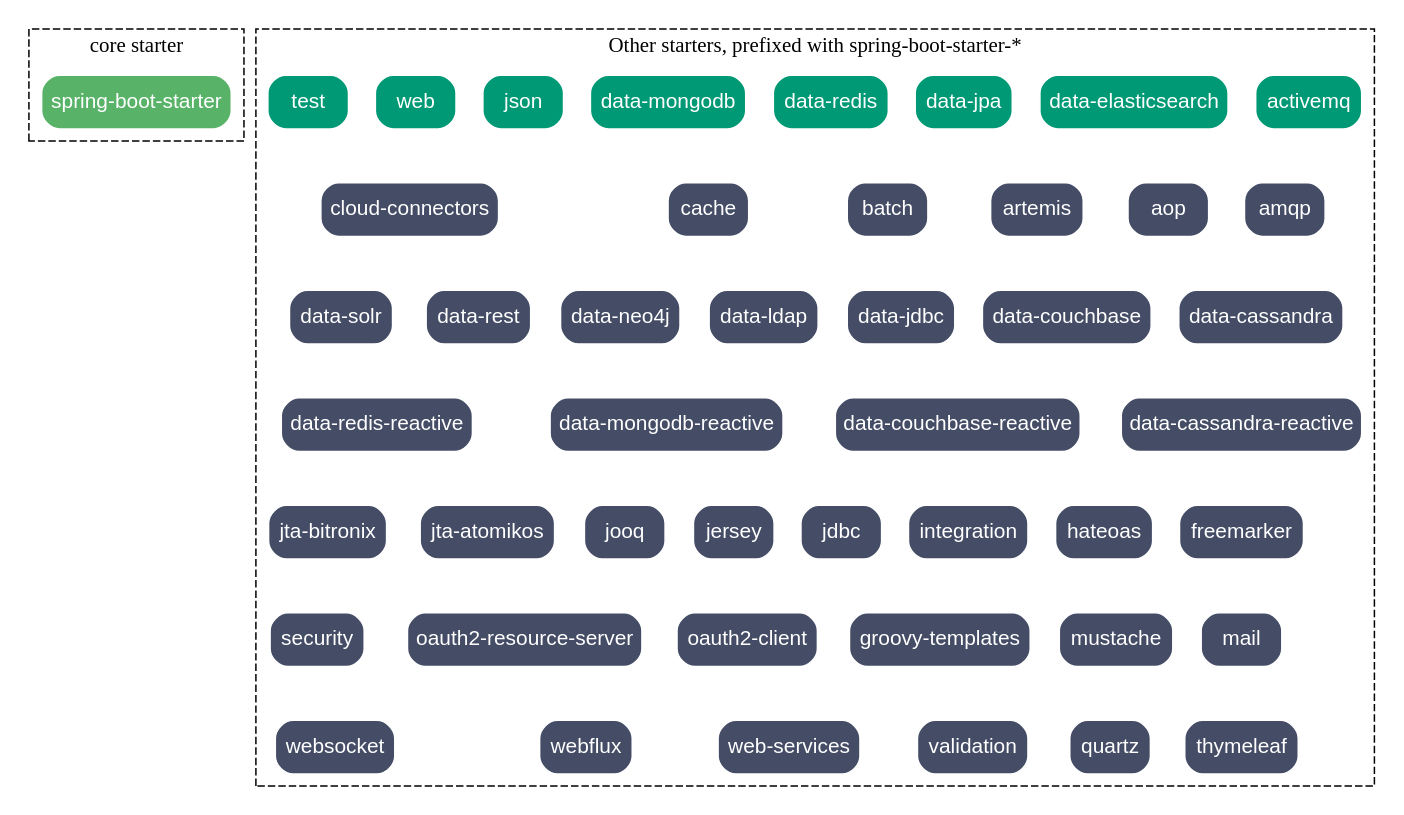
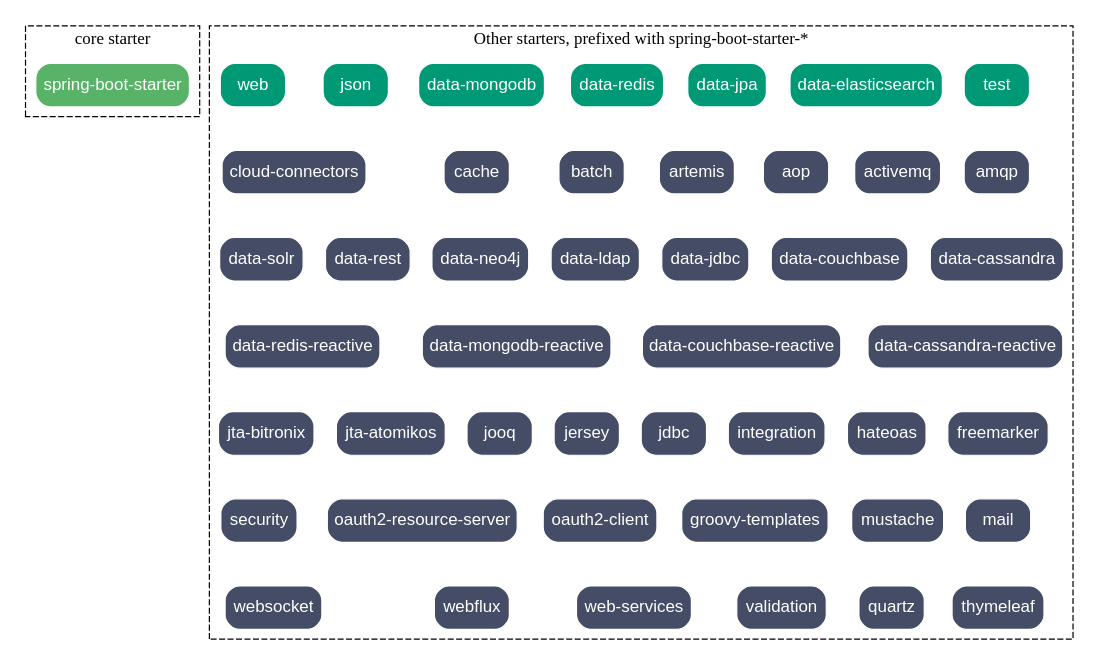
The diagram in static/image/2019/07/spring-boot-starters.dot (Jeanhwea/jeanhwea.github.io), drawn with Graphviz before and after one commit. The commit also changed 1 other file, not shown here.

```diff
--- a/static/image/2019/07/spring-boot-starters.dot
+++ b/static/image/2019/07/spring-boot-starters.dot
@@ -1,107 +1,107 @@
 digraph SpringBootStarters {
-  // size=10;
+  size=10;
 
   node
   [
    fontcolor=white;
    style="filled,rounded";
    shape=box;
    fontname="Arial";
    color="#ffffff"
    ];
 
   subgraph cluster_0 {
     fontname="Arial Bold";
     label="core starter";
     style=dashed;
 
     node [fillcolor="#58b368"];
     "spring-boot-starter";
   }
 
   // cluster_0 -- cluster_1;
 
   subgraph cluster_1 {
     fontname="Arial Bold";
     label="Other starters, prefixed with spring-boot-starter-*";
     style=dashed;
 
     node [fillcolor="#009975"];
     {
       rank=same;
-      "activemq";
+      "test";
       "data-elasticsearch";
       "data-jpa";
       "data-redis";
       "data-mongodb";
       "json";
       "web";
-      "test";
     }
 
     node [fillcolor="#454d66"];
     {
       rank=same;
       "amqp";
+      "activemq";
       "aop";
       "artemis";
       "batch";
       "cache";
       "cloud-connectors";
     }
 
     {
       rank=same;
       "data-cassandra";
       "data-couchbase";
       "data-jdbc";
       "data-ldap";
       "data-neo4j";
       "data-rest";
       "data-solr";
     }
     {
       rank=same;
       "data-cassandra-reactive";
       "data-couchbase-reactive";
       "data-mongodb-reactive";
       "data-redis-reactive";
     }
     {
       rank=same;
       "freemarker";
       "hateoas";
       "integration";
       "jdbc";
       "jersey";
       "jooq";
       "jta-atomikos";
       "jta-bitronix";
     }
     {
       rank=same;
       "mail";
       "mustache";
       "groovy-templates";
       "oauth2-client";
       "oauth2-resource-server";
       "security";
     }
 
     {
       rank=same;
       "thymeleaf";
       "quartz";
       "validation";
       "web-services";
       "webflux";
       "websocket";
     }
 
     edge [style=invis];
-    "activemq" -> "amqp" -> "data-cassandra" ->
+    "test" -> "amqp" -> "data-cassandra" ->
     "data-cassandra-reactive" -> "freemarker"
     -> "mail" -> "thymeleaf";
   }
 
 }
```
